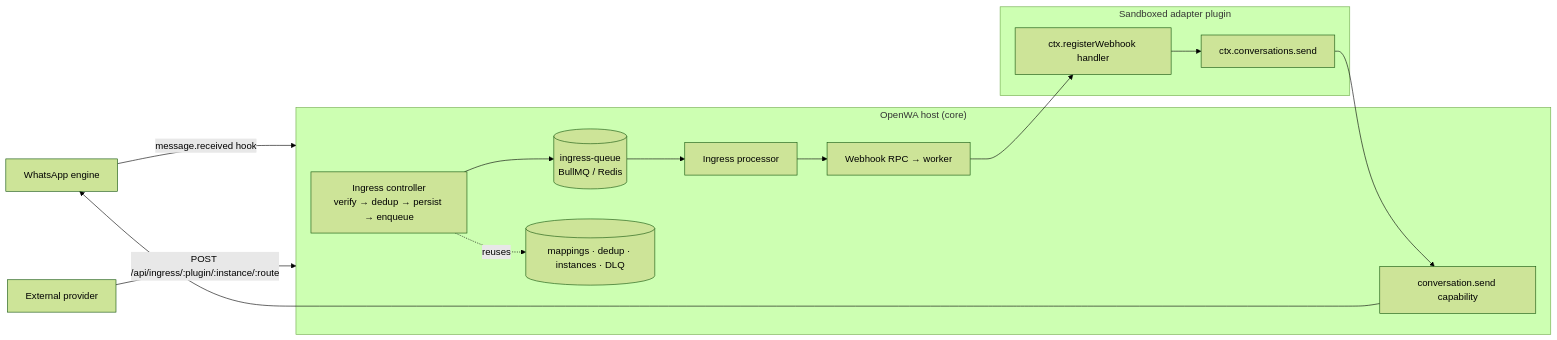
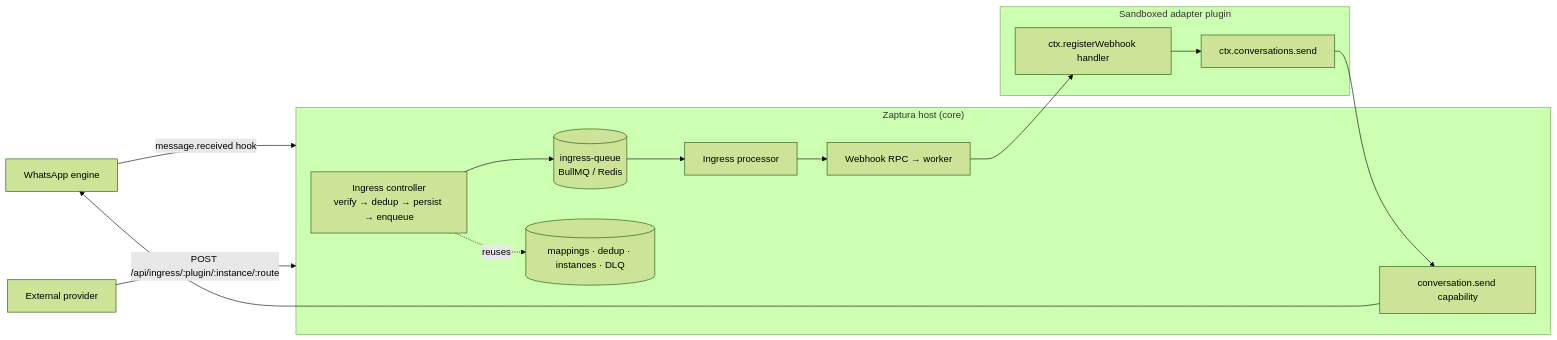
Before and after one commit to AsmSafone/Whatsapp-SaaS: the diagram in docs/25-integration-fabric.md, drawn with Mermaid (forest theme). The commit also changed other lines of this file and 940 other files, not shown here.

````diff
--- a/docs/25-integration-fabric.md
+++ b/docs/25-integration-fabric.md
@@ -58,24 +58,24 @@
 ```mermaid
 flowchart LR
     WA[WhatsApp engine] -- message.received hook --> Core
     Provider[External provider] -- POST /api/ingress/:plugin/:instance/:route --> Core
 
-    subgraph Core["OpenWA host (core)"]
+    subgraph Core["Zaptura host (core)"]
         Ingress[Ingress controller<br/>verify → dedup → persist → enqueue]
         Queue[(ingress-queue<br/>BullMQ / Redis)]
         Processor[Ingress processor]
         RPC[Webhook RPC → worker]
         Cap[conversation.send capability]
         Tables[(mappings · dedup · instances · DLQ)]
         Ingress --> Queue --> Processor --> RPC
     end
 
     subgraph Plugin["Sandboxed adapter plugin"]
         Handler[ctx.registerWebhook handler]
         Send[ctx.conversations.send]
     end
 
     RPC --> Handler
     Handler --> Send --> Cap --> WA
     Ingress -. reuses .-> Tables
 ```
````
